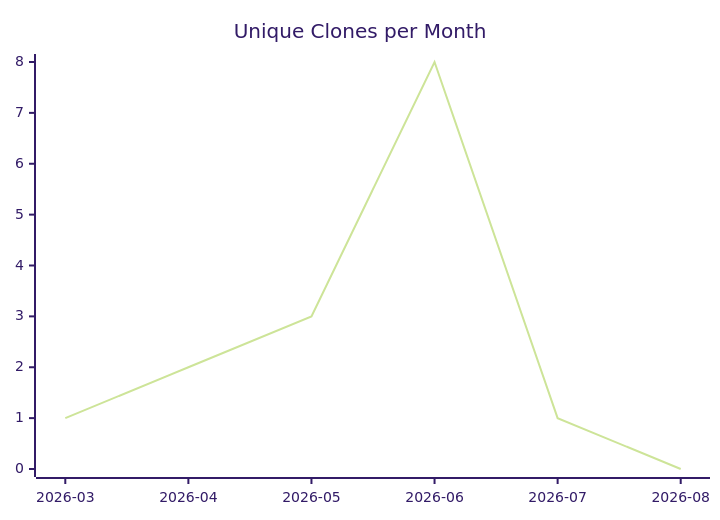
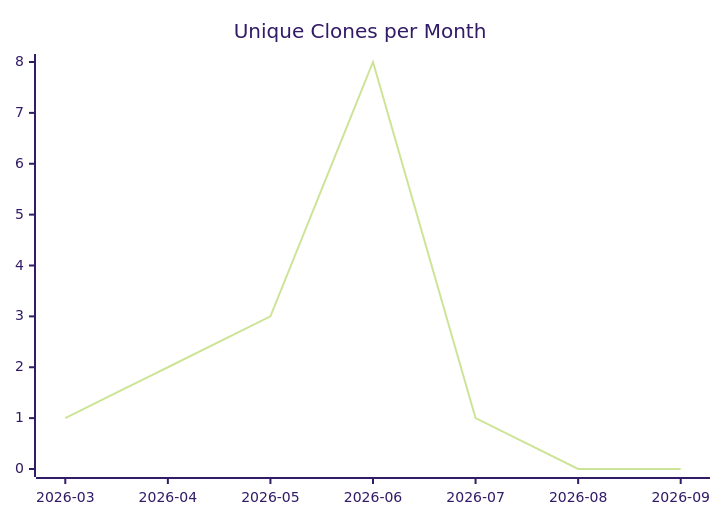
One commit to justdavis-family/github-analytics-data changed the third of 3 diagrams in karlmdavis/datanucleus-test-jdo-1-to-n/README.md. Above: the diagram before and after it, drawn with Mermaid (forest theme). The commit also changed other lines of this file and 190 other files, not shown here.

````diff
--- a/karlmdavis/datanucleus-test-jdo-1-to-n/README.md
+++ b/karlmdavis/datanucleus-test-jdo-1-to-n/README.md
@@ -19,6 +19,6 @@
 ```mermaid
 xychart-beta
   title "Unique Clones per Month"
-  x-axis ["2026-03", "2026-04", "2026-05", "2026-06", "2026-07", "2026-08"]
-  line [1, 2, 3, 8, 1, 0]
+  x-axis ["2026-03", "2026-04", "2026-05", "2026-06", "2026-07", "2026-08", "2026-09"]
+  line [1, 2, 3, 8, 1, 0, 0]
 ```
````
